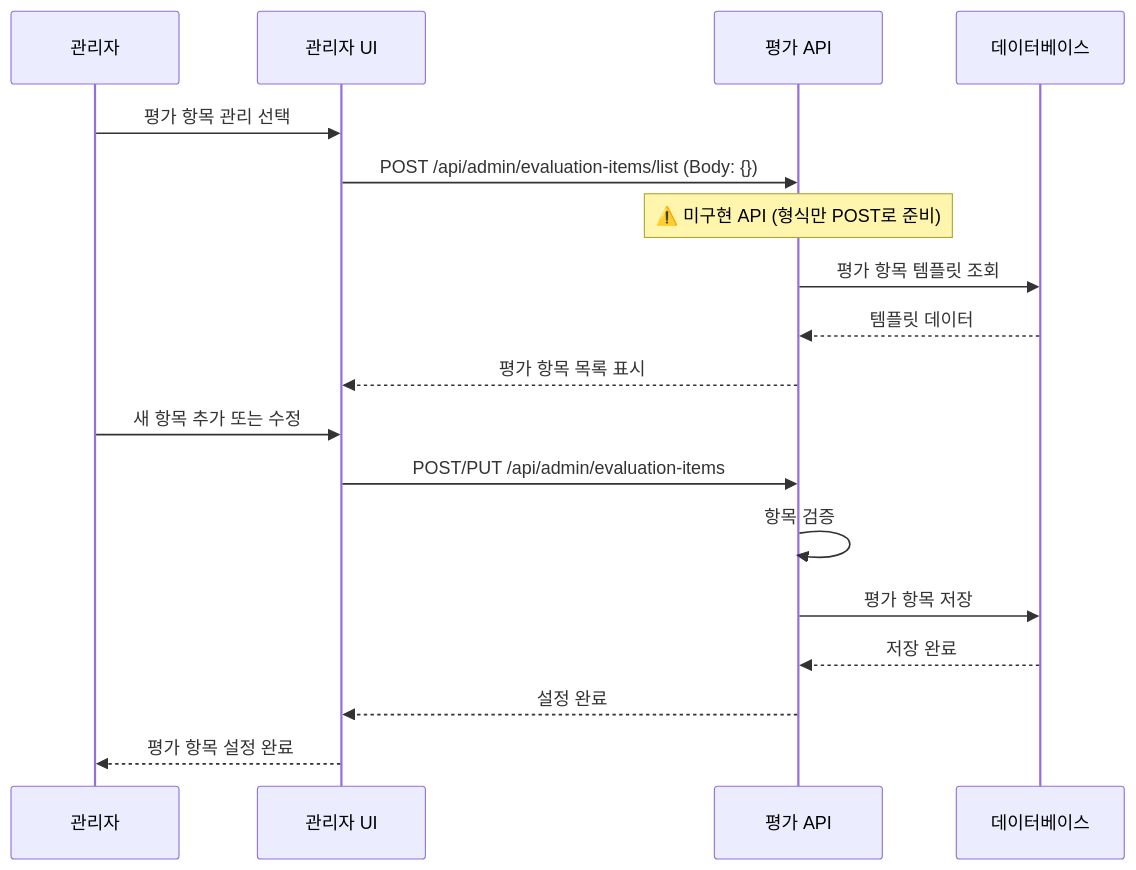
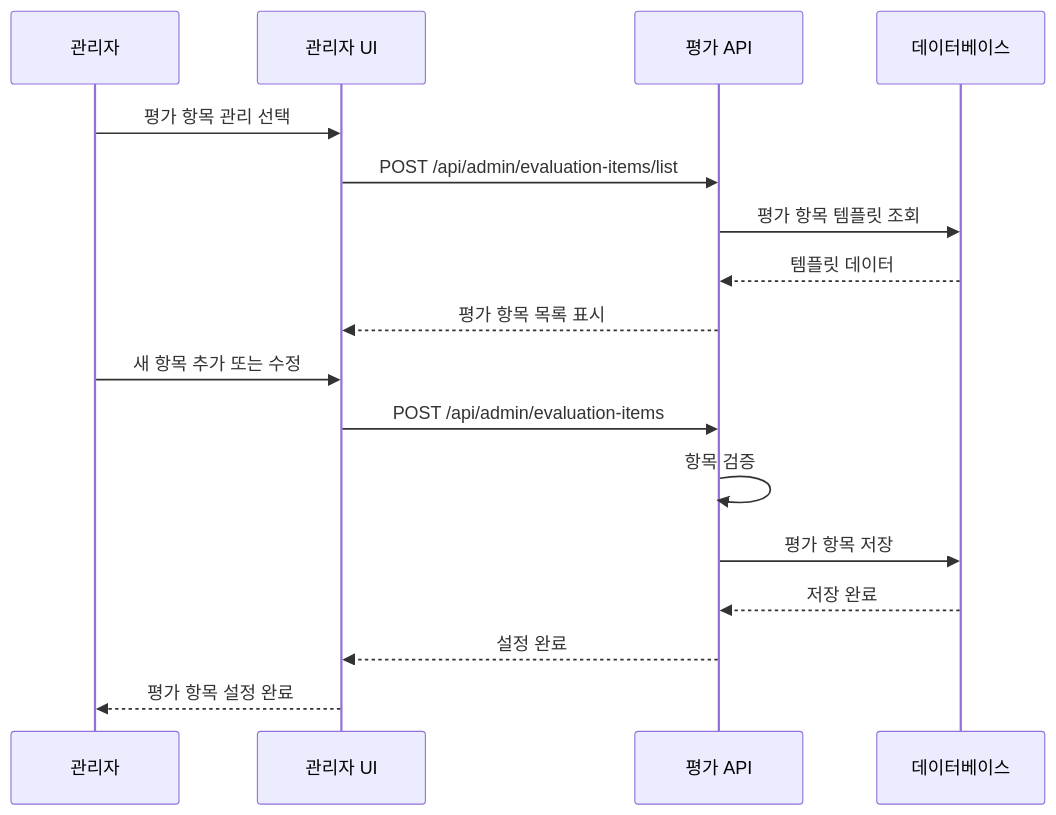
One commit to hooting76/blue-crab-lms changed the fifth of 8 diagrams in backend/BlueCrab/docs/강의관련기능/04-관리자플로우.md. Above: the diagram before and after it, drawn with Mermaid. The commit also changed other lines of this file and 19 other files, not shown here.

````diff
--- a/backend/BlueCrab/docs/강의관련기능/04-관리자플로우.md
+++ b/backend/BlueCrab/docs/강의관련기능/04-관리자플로우.md
@@ -246,23 +232,22 @@
 ```mermaid
 sequenceDiagram
     participant Admin as 관리자
     participant UI as 관리자 UI
     participant API as 평가 API
     participant DB as 데이터베이스
 
     Admin->>UI: 평가 항목 관리 선택
-    UI->>API: POST /api/admin/evaluation-items/list (Body: {})
-    Note over API: ⚠️ 미구현 API (형식만 POST로 준비)
+    UI->>API: POST /api/admin/evaluation-items/list
     API->>DB: 평가 항목 템플릿 조회
     DB-->>API: 템플릿 데이터
     API-->>UI: 평가 항목 목록 표시
 
     Admin->>UI: 새 항목 추가 또는 수정
-    UI->>API: POST/PUT /api/admin/evaluation-items
+    UI->>API: POST /api/admin/evaluation-items
     API->>API: 항목 검증
     API->>DB: 평가 항목 저장
     DB-->>API: 저장 완료
 
     API-->>UI: 설정 완료
     UI-->>Admin: 평가 항목 설정 완료
 ```
````
